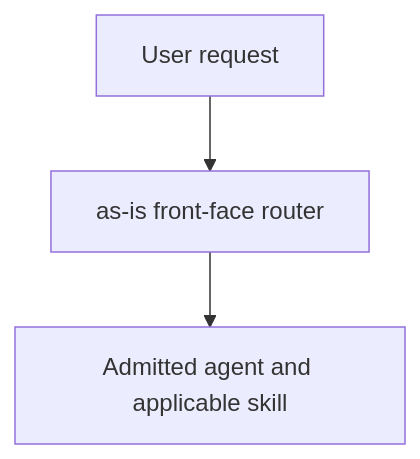
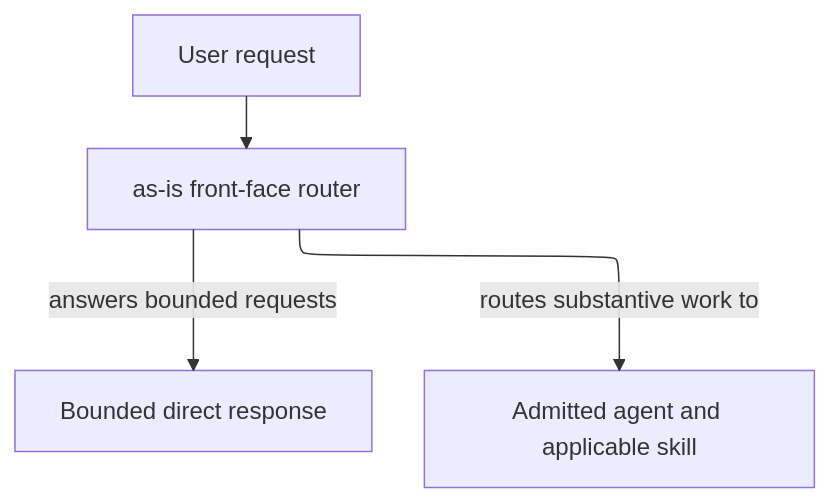
One commit to abstract-business-systems/as-is changed the first of 2 diagrams in agents/as-is/as-is.md. Above: the diagram before and after it, drawn with Mermaid. The commit also changed other lines of this file and 72 other files, not shown here.

````diff
--- a/agents/as-is/as-is.md
+++ b/agents/as-is/as-is.md
@@ -27,5 +15,10 @@
 ```mermaid
-flowchart TD
-    A["User request"] --> B["as-is front-face router"]
-    B --> C["Admitted agent and applicable skill"]
+---
+config:
+  layout: elk
+---
+flowchart TB
+    Request["User request"] --> Router["as-is front-face router"]
+    Router -->|answers bounded requests| Direct["Bounded direct response"]
+    Router -->|routes substantive work to| Target["Admitted agent and applicable skill"]
 ```
````
